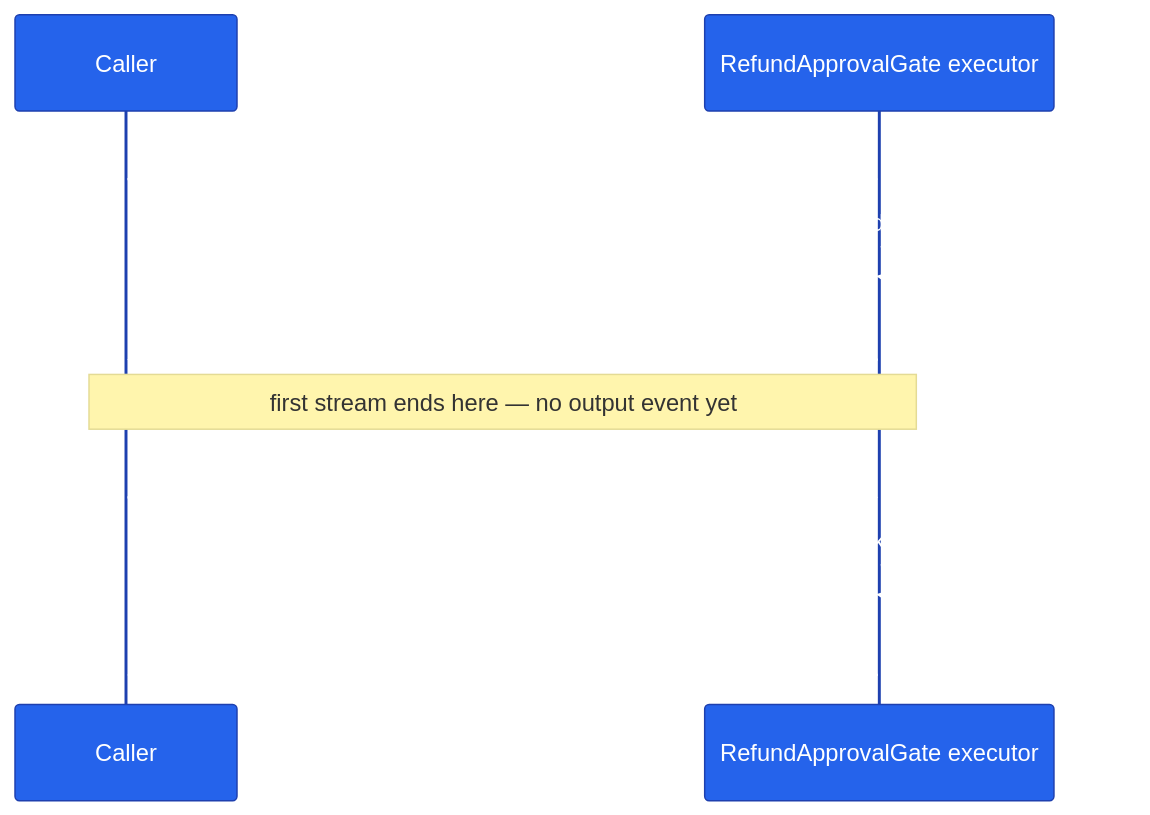
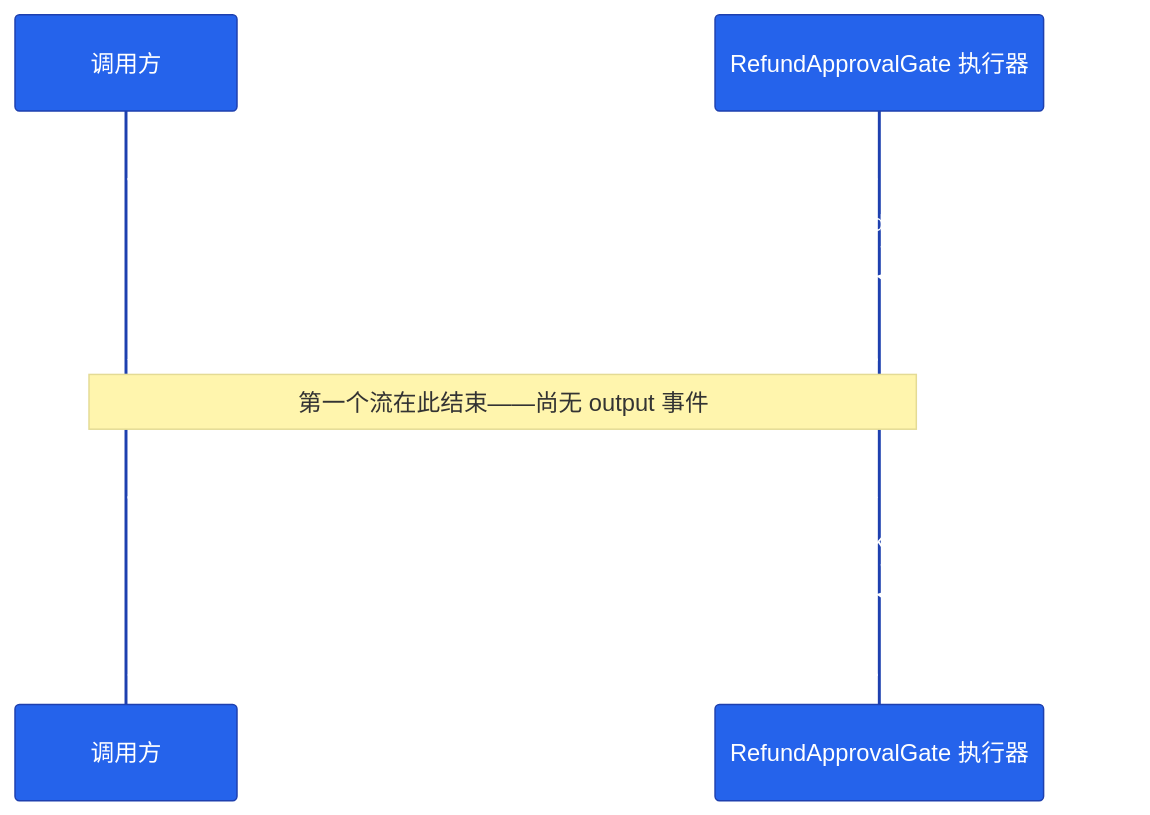
The diagram in tutorials/17-human-in-the-loop/README.md (s1encisi/reliable-commerce-agents), drawn with Mermaid before and after one commit. The commit also changed other lines of this file and 1033 other files, not shown here.

````diff
--- a/tutorials/17-human-in-the-loop/README.md
+++ b/tutorials/17-human-in-the-loop/README.md
@@ -25,16 +27,16 @@
 ```mermaid
 %%{init: {'theme':'base', 'themeVariables': {
   'primaryColor': '#2563eb','primaryTextColor': '#ffffff','primaryBorderColor': '#1e40af',
   'lineColor': '#64748b','secondaryColor': '#f59e0b','tertiaryColor': '#10b981',
   'background': 'transparent'}}}%%
 sequenceDiagram
-  participant Caller
-  participant Workflow as RefundApprovalGate executor
+  participant Caller as 调用方
+  participant Workflow as RefundApprovalGate 执行器
   Caller->>Workflow: run(RefundApprovalRequest(order_id, amount), stream=True)
   Workflow->>Workflow: ctx.request_info(refund, response_type=bool)
-  Workflow-->>Caller: request_info event (request_id, order_id, amount)
-  Note over Caller,Workflow: first stream ends here — no output event yet
+  Workflow-->>Caller: request_info 事件（request_id、order_id、amount）
+  Note over Caller,Workflow: 第一个流在此结束——尚无 output 事件
   Caller->>Workflow: run(responses={request_id: approved}, stream=True)
   Workflow->>Workflow: response_handler check(request, approved, ctx)
-  Workflow-->>Caller: output event ("refund approved / denied")
+  Workflow-->>Caller: output 事件（「退款已批准 / 已驳回」）
 ```
````
